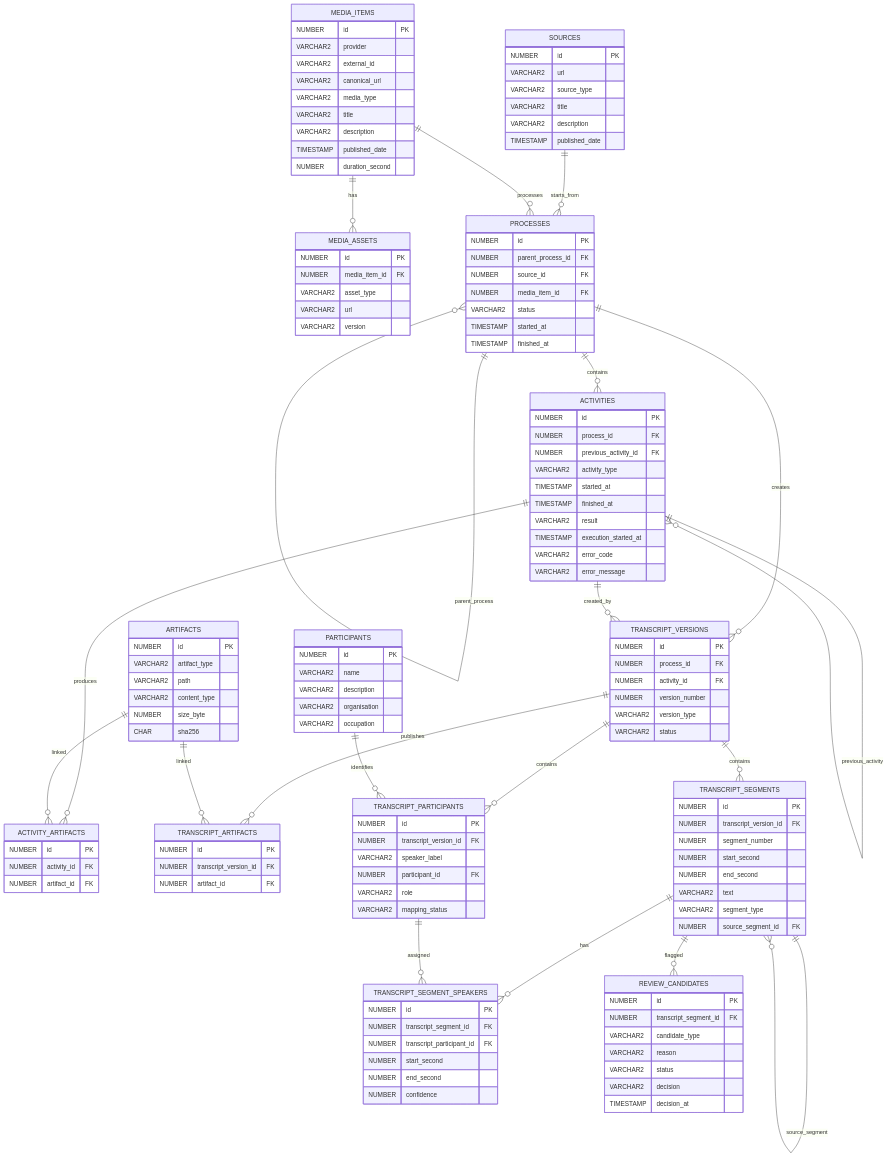
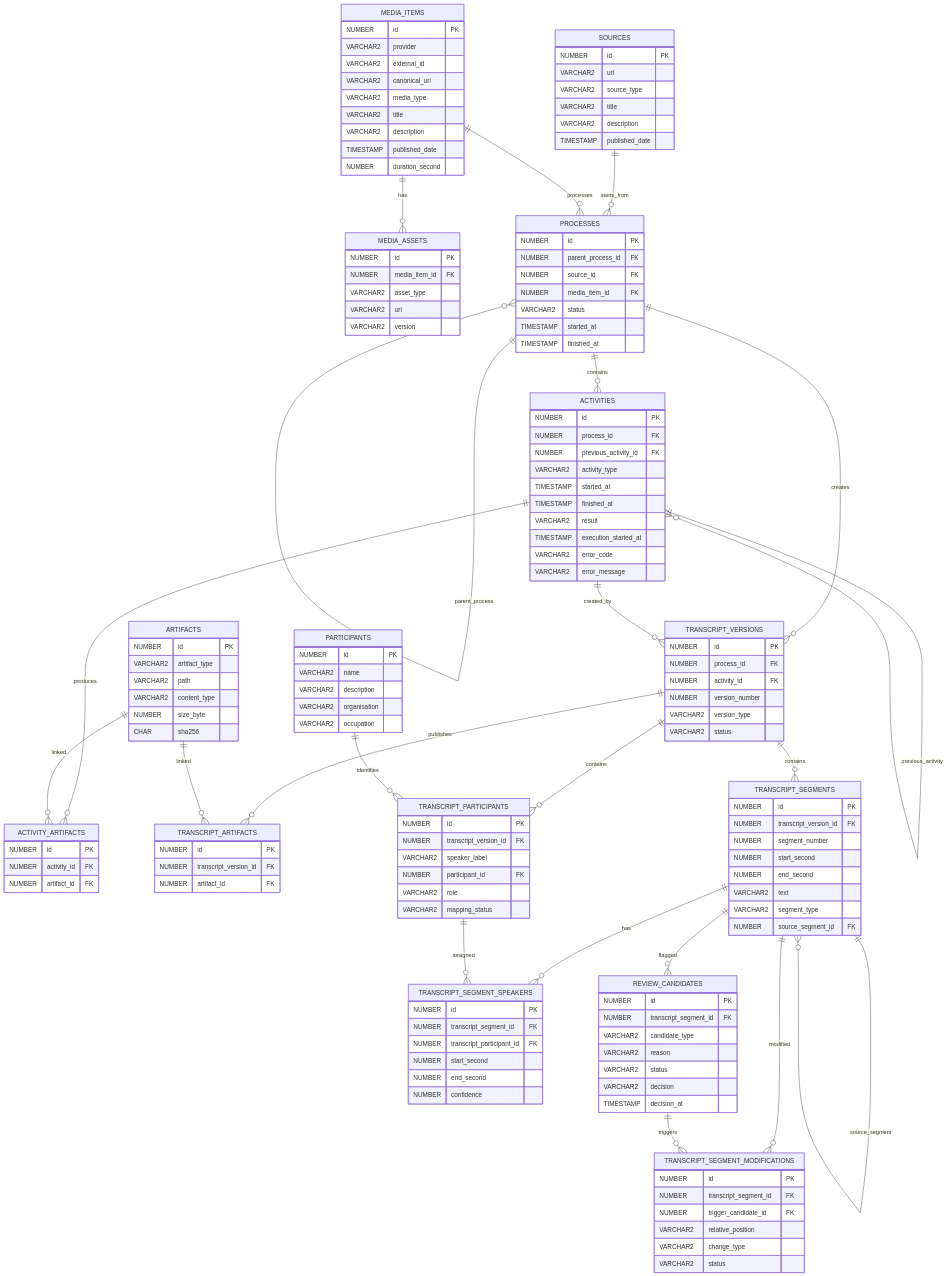
Before and after one commit to alarj/err_video_to_text: the diagram in db/erd.md, drawn with Mermaid. The commit also changed 13 other files, not shown here.

````diff
--- a/db/erd.md
+++ b/db/erd.md
@@ -24,6 +24,8 @@
     TRANSCRIPT_SEGMENTS ||--o{ TRANSCRIPT_SEGMENT_SPEAKERS : has
     TRANSCRIPT_PARTICIPANTS ||--o{ TRANSCRIPT_SEGMENT_SPEAKERS : assigned
     TRANSCRIPT_SEGMENTS ||--o{ REVIEW_CANDIDATES : flagged
+    TRANSCRIPT_SEGMENTS ||--o{ TRANSCRIPT_SEGMENT_MODIFICATIONS : modified
+    REVIEW_CANDIDATES ||--o{ TRANSCRIPT_SEGMENT_MODIFICATIONS : triggers
 
     SOURCES {
         NUMBER id PK
@@ -140,4 +142,12 @@
         VARCHAR2 decision
         TIMESTAMP decision_at
     }
+    TRANSCRIPT_SEGMENT_MODIFICATIONS {
+        NUMBER id PK
+        NUMBER transcript_segment_id FK
+        NUMBER trigger_candidate_id FK
+        VARCHAR2 relative_position
+        VARCHAR2 change_type
+        VARCHAR2 status
+    }
 ```
````
